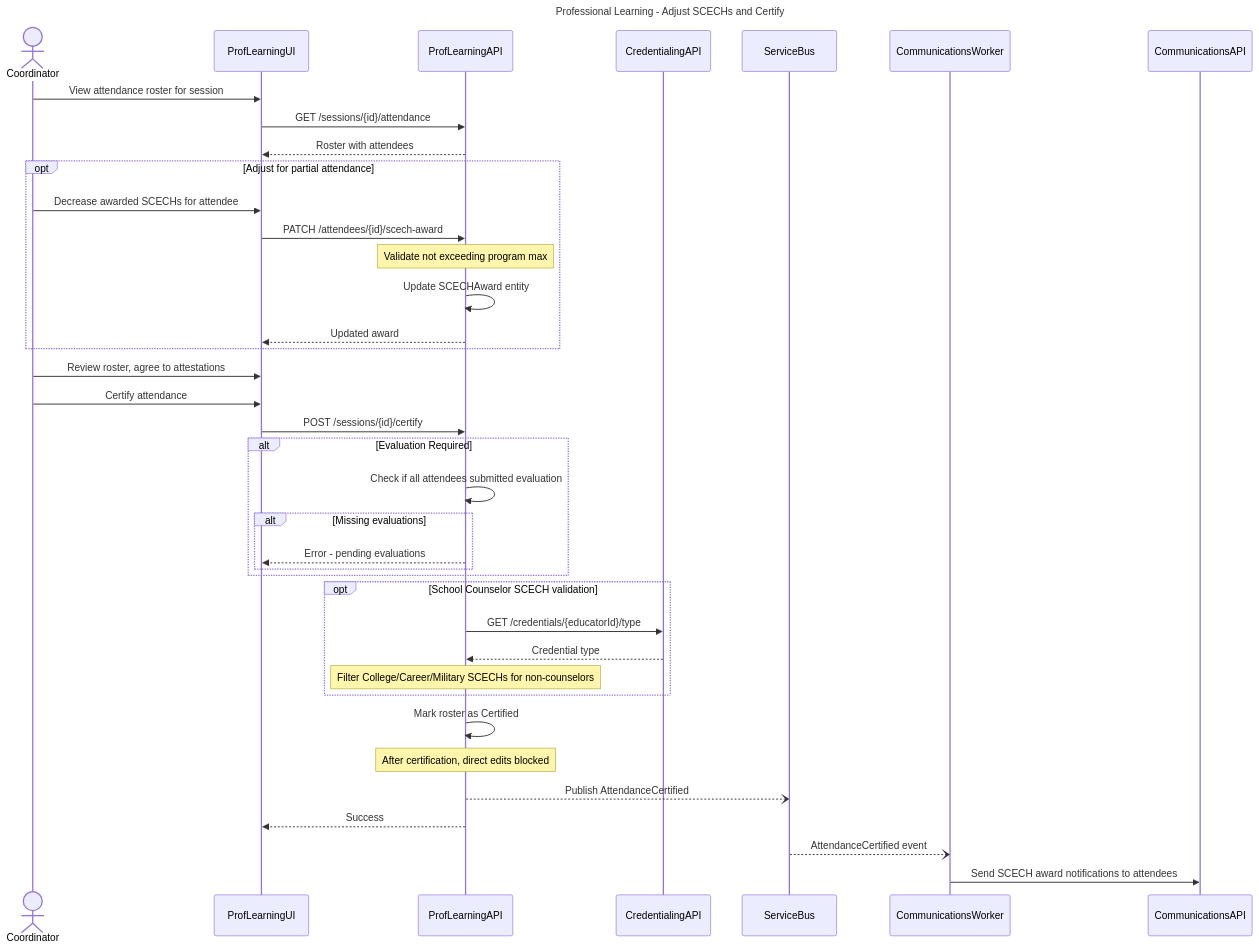
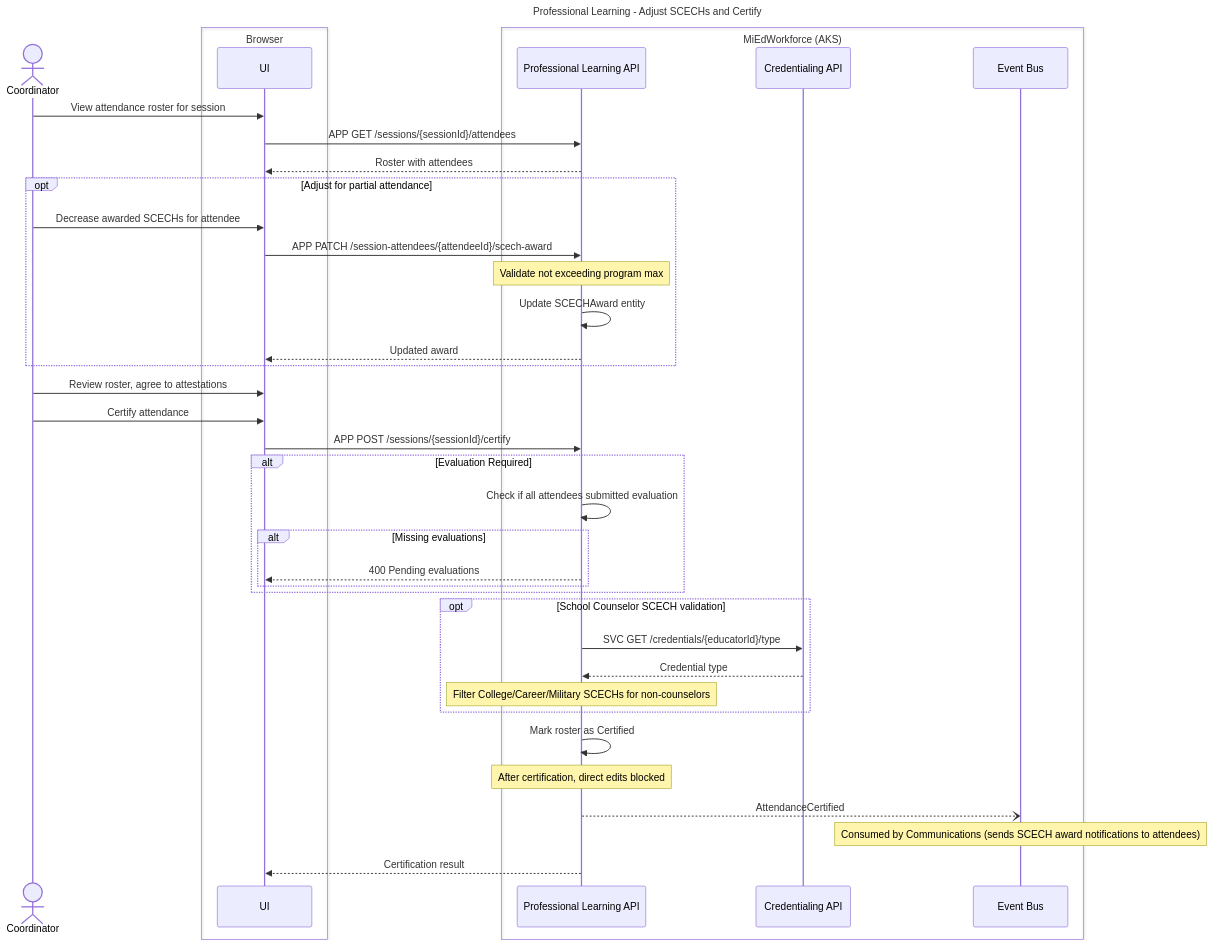
One commit to mnichols-dl/mied-design changed the fourth of 10 diagrams in working-docs/solution-areas/proflearning/proflearning-sequences.md. Above: the diagram before and after it, drawn with Mermaid. The commit also changed other lines of this file and 34 other files, not shown here.

Commit message:
Update sequences and perform RTM assessment

````diff
--- a/working-docs/solution-areas/proflearning/proflearning-sequences.md
+++ b/working-docs/solution-areas/proflearning/proflearning-sequences.md
@@ -189,48 +200,50 @@
 ```mermaid
 ---
 title: Professional Learning - Adjust SCECHs and Certify
 ---
 sequenceDiagram
     actor Coordinator
-    participant ProfLearningUI
-    participant ProfLearningAPI
-    participant CredentialingAPI
-    participant ServiceBus
-    
-    Coordinator->>ProfLearningUI: View attendance roster for session
-    ProfLearningUI->>ProfLearningAPI: GET /sessions/{id}/attendance
-    ProfLearningAPI-->>ProfLearningUI: Roster with attendees
-    
+    box Browser
+        participant UI as UI
+    end
+    box MiEdWorkforce (AKS)
+        participant ProfLearningApi as Professional Learning API
+        participant CredApi as Credentialing API
+        participant EventBus as Event Bus
+    end
+
+    Coordinator->>UI: View attendance roster for session
+    UI->>ProfLearningApi: APP GET /sessions/{sessionId}/attendees
+    ProfLearningApi-->>UI: Roster with attendees
+
     opt Adjust for partial attendance
-        Coordinator->>ProfLearningUI: Decrease awarded SCECHs for attendee
-        ProfLearningUI->>ProfLearningAPI: PATCH /attendees/{id}/scech-award
-        Note over ProfLearningAPI: Validate not exceeding program max
-        ProfLearningAPI->>ProfLearningAPI: Update SCECHAward entity
-        ProfLearningAPI-->>ProfLearningUI: Updated award
+        Coordinator->>UI: Decrease awarded SCECHs for attendee
+        UI->>ProfLearningApi: APP PATCH /session-attendees/{attendeeId}/scech-award
+        Note over ProfLearningApi: Validate not exceeding program max
+        ProfLearningApi->>ProfLearningApi: Update SCECHAward entity
+        ProfLearningApi-->>UI: Updated award
     end
-    
-    Coordinator->>ProfLearningUI: Review roster, agree to attestations
-    Coordinator->>ProfLearningUI: Certify attendance
-    ProfLearningUI->>ProfLearningAPI: POST /sessions/{id}/certify
-    
+
+    Coordinator->>UI: Review roster, agree to attestations
+    Coordinator->>UI: Certify attendance
+    UI->>ProfLearningApi: APP POST /sessions/{sessionId}/certify
+
     alt Evaluation Required
-        ProfLearningAPI->>ProfLearningAPI: Check if all attendees submitted evaluation
+        ProfLearningApi->>ProfLearningApi: Check if all attendees submitted evaluation
         alt Missing evaluations
-            ProfLearningAPI-->>ProfLearningUI: Error - pending evaluations
+            ProfLearningApi-->>UI: 400 Pending evaluations
         end
     end
-    
+
     opt School Counselor SCECH validation
-        ProfLearningAPI->>CredentialingAPI: GET /credentials/{educatorId}/type
-        CredentialingAPI-->>ProfLearningAPI: Credential type
-        Note over ProfLearningAPI: Filter College/Career/Military SCECHs for non-counselors
+        ProfLearningApi->>CredApi: SVC GET /credentials/{educatorId}/type
+        CredApi-->>ProfLearningApi: Credential type
+        Note over ProfLearningApi: Filter College/Career/Military SCECHs for non-counselors
     end
-    
-    ProfLearningAPI->>ProfLearningAPI: Mark roster as Certified
-    Note over ProfLearningAPI: After certification, direct edits blocked
-    ProfLearningAPI--)ServiceBus: Publish AttendanceCertified
-    ProfLearningAPI-->>ProfLearningUI: Success
-    
-    ServiceBus--)CommunicationsWorker: AttendanceCertified event
-    CommunicationsWorker->>CommunicationsAPI: Send SCECH award notifications to attendees
+
+    ProfLearningApi->>ProfLearningApi: Mark roster as Certified
+    Note over ProfLearningApi: After certification, direct edits blocked
+    ProfLearningApi--)EventBus: AttendanceCertified
+    Note over EventBus: Consumed by Communications (sends SCECH award notifications to attendees)
+    ProfLearningApi-->>UI: Certification result
 ```
````
